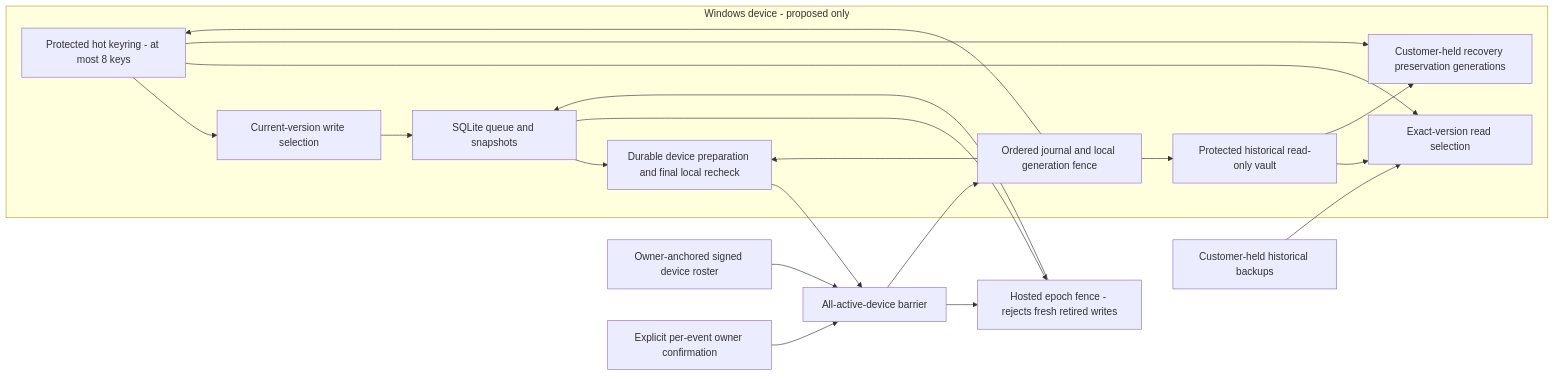
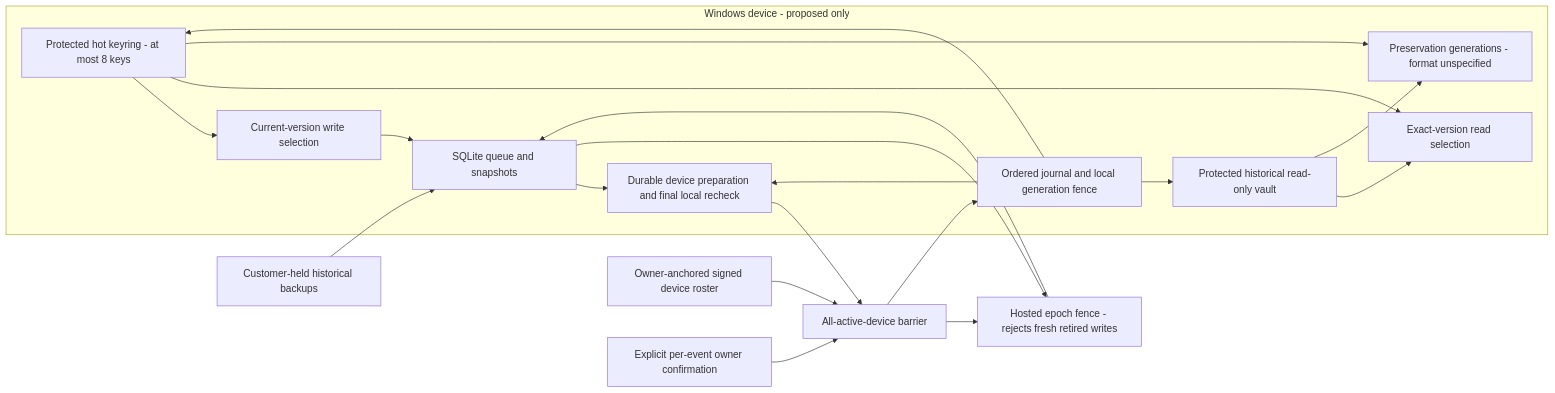
The diagram in docs/engineering/c10-04d-retirement-review-20261011/diagrams/safe-key-retirement-hot-history-vault-after.mmd (mellophone22/SiteDatum), drawn with Mermaid before and after one commit. The commit also changed 13 other files, not shown here.

```diff
--- a/docs/engineering/c10-04d-retirement-review-20261011/diagrams/safe-key-retirement-hot-history-vault-after.mmd
+++ b/docs/engineering/c10-04d-retirement-review-20261011/diagrams/safe-key-retirement-hot-history-vault-after.mmd
@@ -1,21 +1,21 @@
 flowchart LR
   subgraph Windows["Windows device - proposed only"]
     K["Protected hot keyring - at most 8 keys"] --> W["Current-version write selection"]
     K --> R["Exact-version read selection"]
     V["Protected historical read-only vault"] --> R
     W --> Q["SQLite queue and snapshots"]
     Q --> A["Durable device preparation and final local recheck"]
-    K --> F["Customer-held recovery preservation generations"]
+    K --> F["Preservation generations - format unspecified"]
     V --> F
     J["Ordered journal and local generation fence"] --> K
     J --> V
     J --> A
   end
   Q --> H["Hosted epoch fence - rejects fresh retired writes"]
   H --> Q
-  U["Customer-held historical backups"] --> R
+  U["Customer-held historical backups"] --> Q
   T["Owner-anchored signed device roster"] --> B["All-active-device barrier"]
   A --> B
   B --> H
   B --> J
   P["Explicit per-event owner confirmation"] --> B
```
